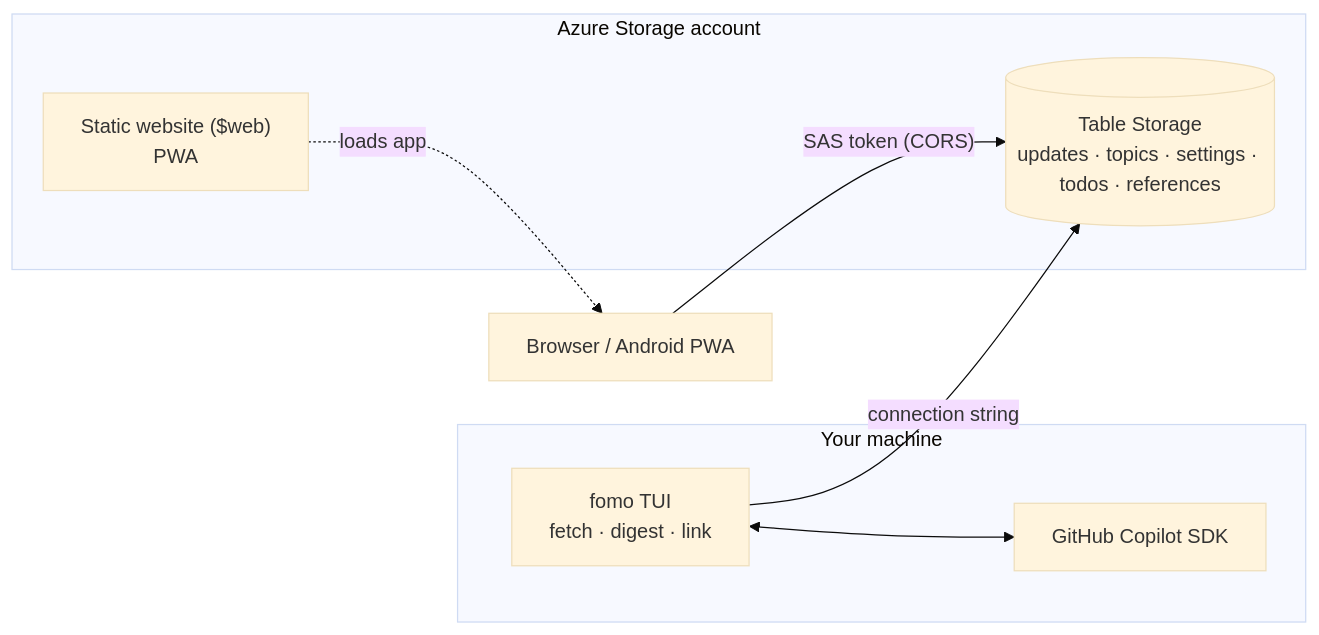
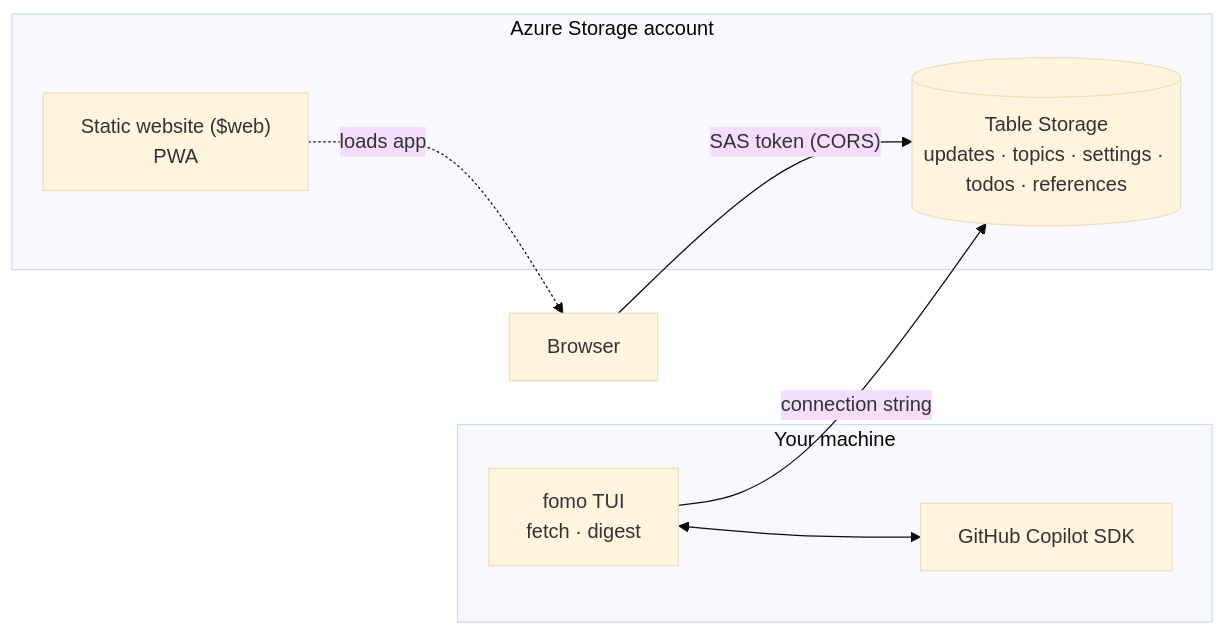
Before and after one commit to ahelal/fomo: the diagram in README.md, drawn with Mermaid (base theme). The commit also changed other lines of this file, not shown here.

````diff
--- a/README.md
+++ b/README.md
@@ -43,17 +40,17 @@
 ```mermaid
 flowchart LR
   subgraph laptop[Your machine]
-    TUI["fomo TUI<br/>fetch · digest · link"]
+    TUI["fomo TUI<br/>fetch · digest"]
     Copilot["GitHub Copilot SDK"]
   end
   subgraph azure[Azure Storage account]
     Tables[("Table Storage<br/>updates · topics · settings · todos · references")]
     Web["Static website ($web)<br/>PWA"]
   end
-  Phone["Browser / Android PWA"]
+  Browser["Browser"]
 
   TUI -- "connection string" --> Tables
   TUI <--> Copilot
-  Web -. "loads app" .-> Phone
-  Phone -- "SAS token (CORS)" --> Tables
+  Web -. "loads app" .-> Browser
+  Browser -- "SAS token (CORS)" --> Tables
 ```
````
